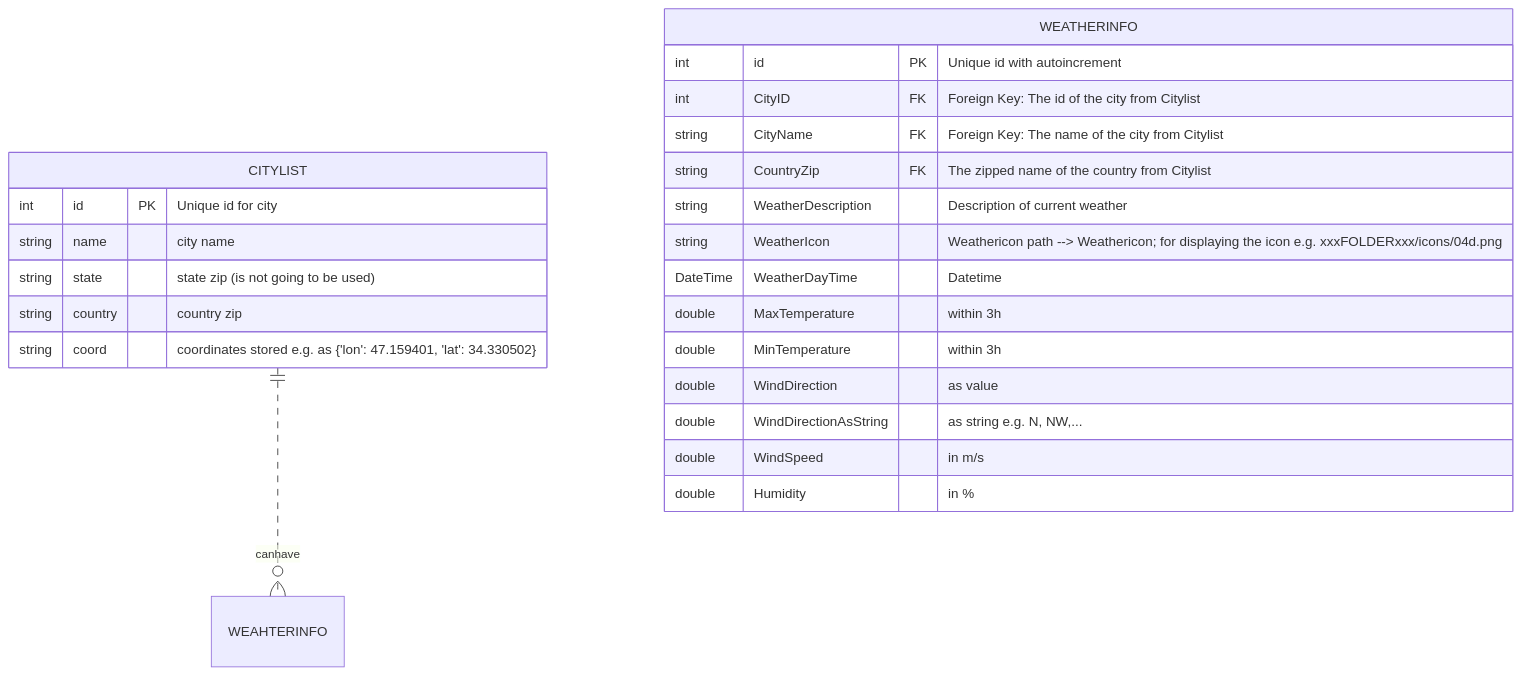
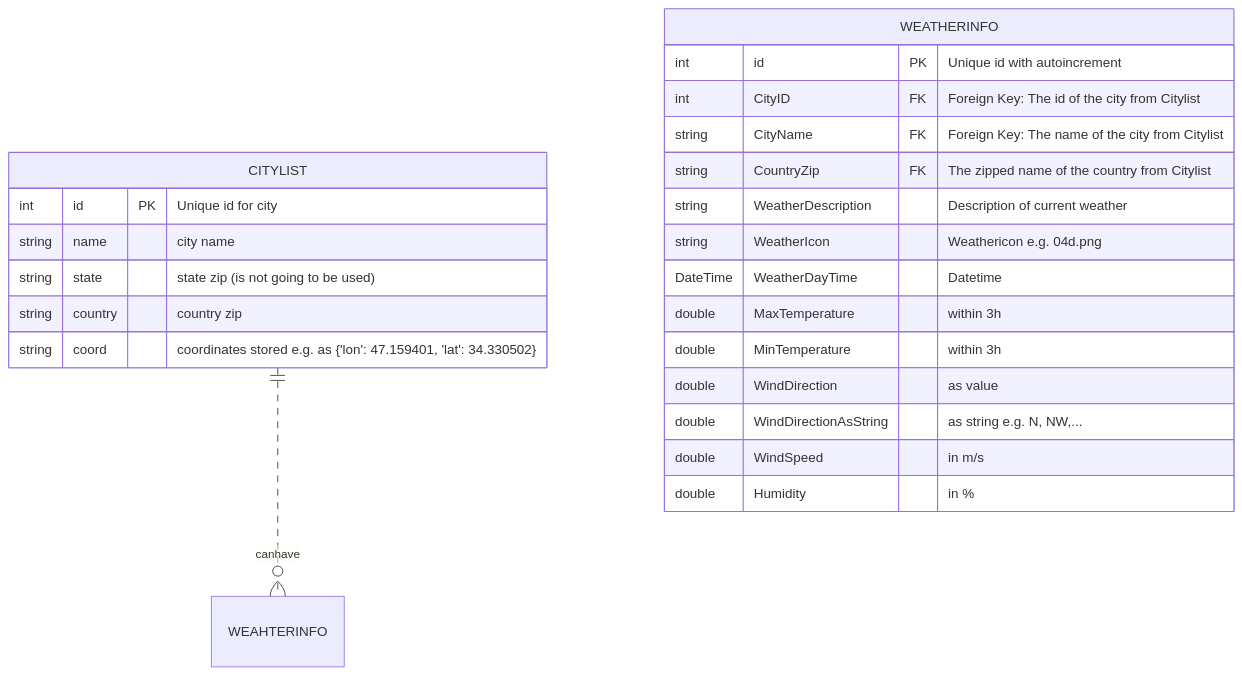
One commit to botchGNU/weather-widget changed the first of 2 diagrams in Documentation/ERDiagramms.md. Above: the diagram before and after it, drawn with Mermaid.

````diff
--- a/Documentation/ERDiagramms.md
+++ b/Documentation/ERDiagramms.md
@@ -4,26 +4,26 @@
 ```mermaid
  erDiagram
  	   CITYLIST ||..o{ WEAHTERINFO : canhave
  	   CITYLIST{
  	   int id PK "Unique id for city"
  	   string name "city name"
  	   string state "state zip (is not going to be used)"
  	   string country "country zip"
  	   string coord "coordinates stored e.g. as {'lon': 47.159401, 'lat': 34.330502}"
  	   }
        WEATHERINFO { 
        		int id PK "Unique id with autoincrement"
        		int CityID FK "Foreign Key: The id of the city from Citylist"
        		string CityName FK "Foreign Key: The name of the city from Citylist"
             string CountryZip FK "The zipped name of the country from Citylist"
             string WeatherDescription "Description of current weather"
-            string WeatherIcon "Weathericon path --> Weathericon; for displaying the icon e.g. xxxFOLDERxxx/icons/04d.png"
+            string WeatherIcon "Weathericon e.g. 04d.png"
             DateTime WeatherDayTime "Datetime"
             double MaxTemperature "within 3h"
             double MinTemperature "within 3h"
             double WindDirection "as value"
             double WindDirectionAsString "as string e.g. N, NW,..."
             double WindSpeed "in m/s"
             double Humidity "in %"       		
        }
 ```
````
